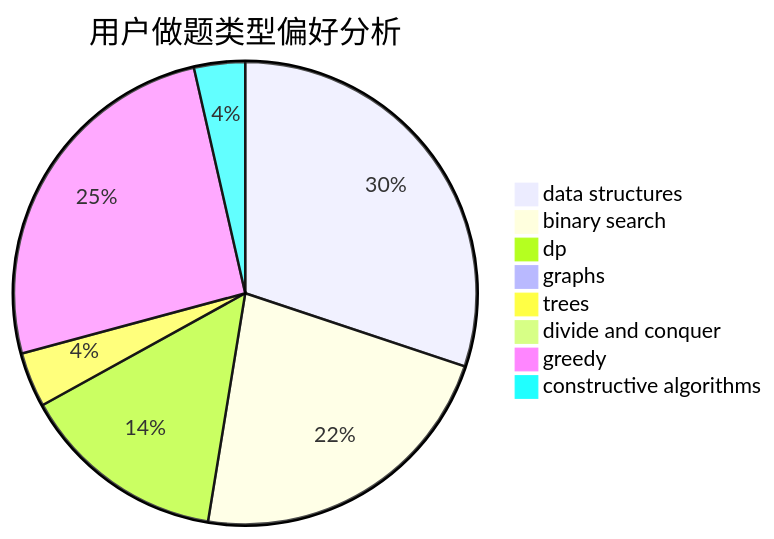
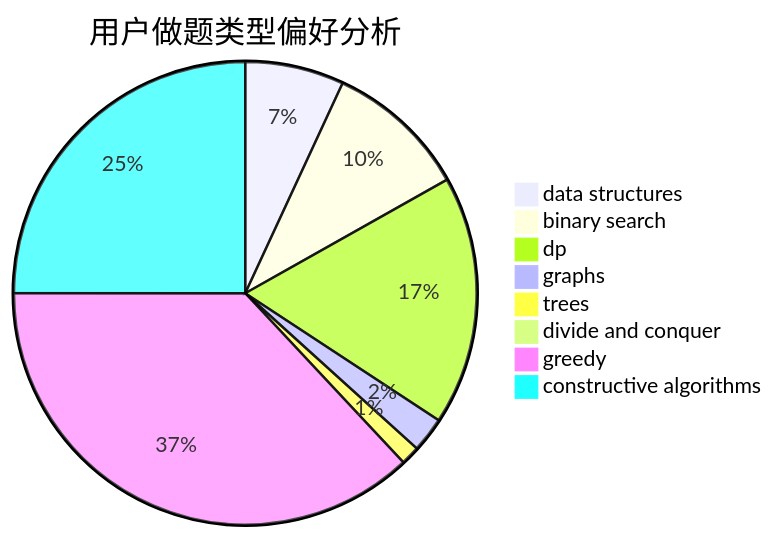
One commit to sherpahu/cfrs.github.io changed the second of 3 diagrams in docs/user/u1909.md. Above: the diagram before and after it, drawn with Mermaid. The commit also changed other lines of this file and 2770 other files, not shown here.

````diff
--- a/docs/user/u1909.md
+++ b/docs/user/u1909.md
@@ -23,11 +23,11 @@
 ```mermaid
 pie title 用户做题类型偏好分析
-    "data structures" :  228
-    "binary search" :  170
-    "dp" :  109
-    "graphs" :  5
-    "trees" :  29
+    "data structures" :  73
+    "binary search" :  105
+    "dp" :  184
+    "graphs" :  26
+    "trees" :  14
     "divide and conquer" :  0
-    "greedy" :  194
-    "constructive algorithms" :  27
+    "greedy" :  391
+    "constructive algorithms" :  264
 ```
````
